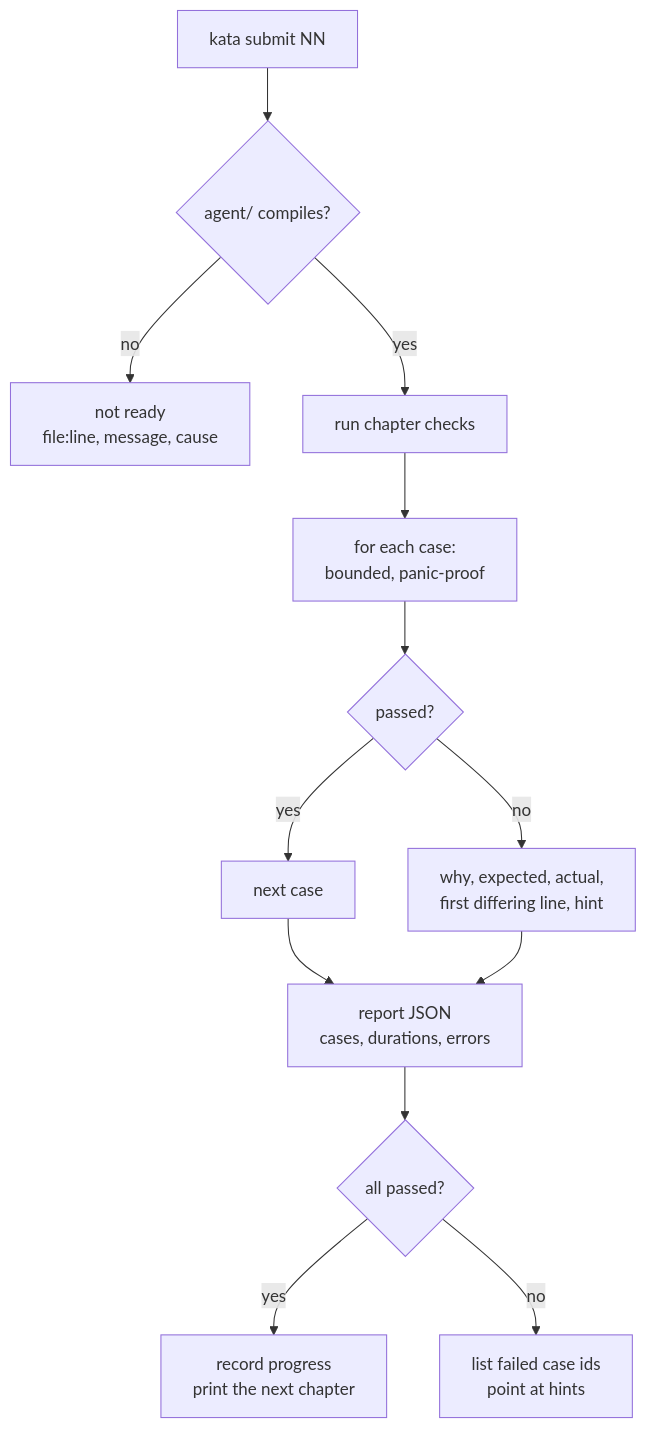
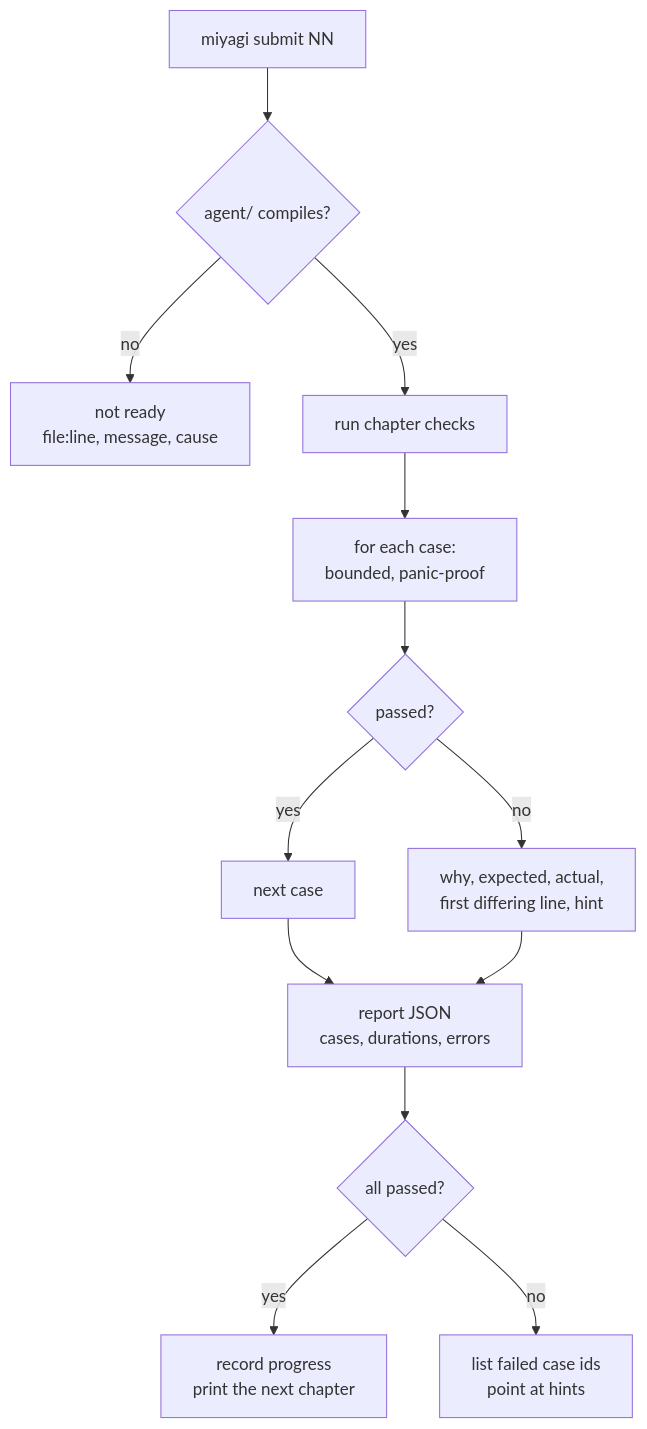
Before and after one commit to theakhandpatel/kata: the fourth of 4 diagrams in docs/architecture.md, drawn with Mermaid. The commit also changed other lines of this file and 97 other files, not shown here.

````diff
--- a/docs/architecture.md
+++ b/docs/architecture.md
@@ -111,15 +111,15 @@
 ```mermaid
 flowchart TD
-    A["kata submit NN"] --> B{agent/ compiles?}
+    A["miyagi submit NN"] --> B{agent/ compiles?}
     B -- no --> C["not ready<br/>file:line, message, cause"]
     B -- yes --> D["run chapter checks"]
     D --> E["for each case:<br/>bounded, panic-proof"]
     E --> F{passed?}
     F -- yes --> G["next case"]
     F -- no --> H["why, expected, actual,<br/>first differing line, hint"]
     G --> I["report JSON<br/>cases, durations, errors"]
     H --> I
     I --> J{all passed?}
     J -- yes --> K["record progress<br/>print the next chapter"]
     J -- no --> L["list failed case ids<br/>point at hints"]
 ```
````
